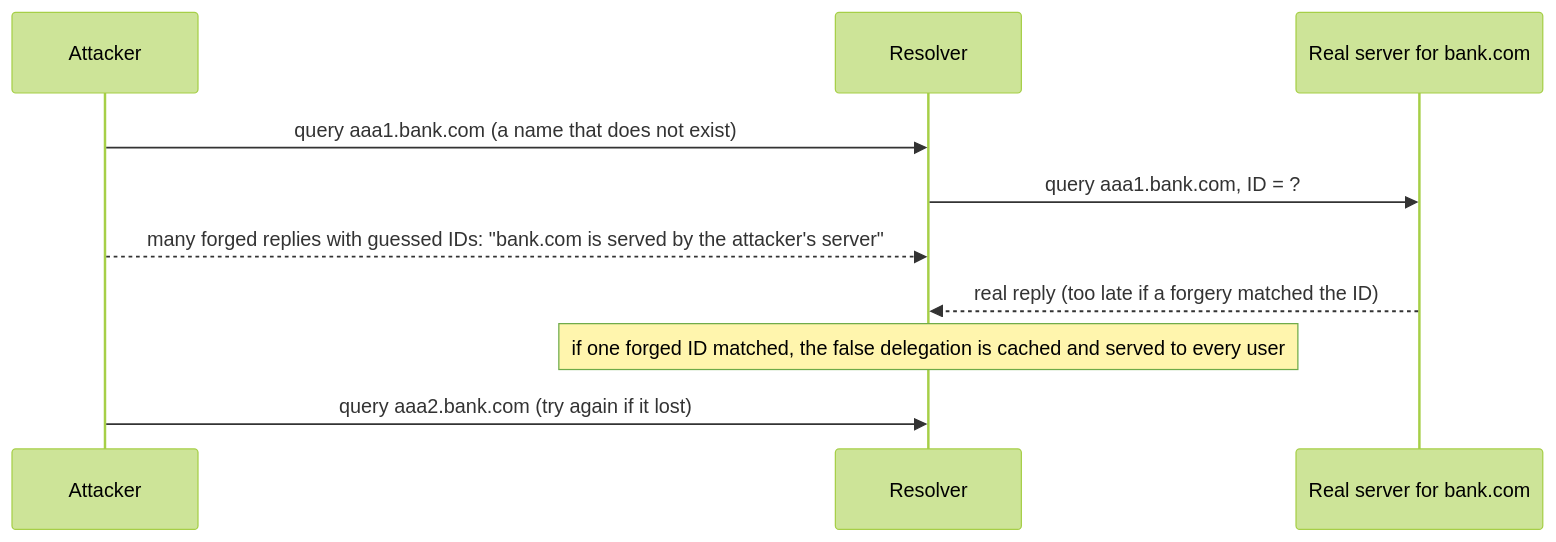
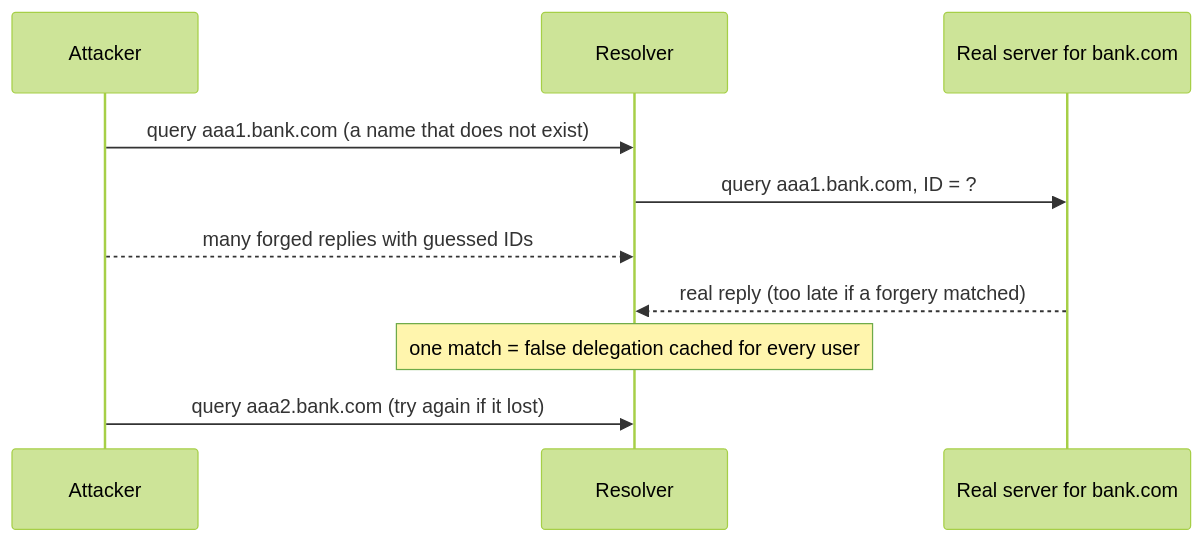
One commit to FahimMashroor/Chalmers_CSC changed diagram 27 of 41 in EDA387-Computer-Networks/02-DNS.md. Above: the diagram before and after it, drawn with Mermaid (forest theme). The commit also changed other lines of this file, not shown here.

Commit message:
Rewrite 02 DNS in simple language with examples and diagrams

````diff
--- a/EDA387-Computer-Networks/02-DNS.md
+++ b/EDA387-Computer-Networks/02-DNS.md
@@ -822,12 +1135,12 @@
 ```mermaid
 sequenceDiagram
   participant X as Attacker
   participant R as Resolver
   participant A as Real server for bank.com
   X->>R: query aaa1.bank.com (a name that does not exist)
   R->>A: query aaa1.bank.com, ID = ?
-  X-->>R: many forged replies with guessed IDs: "bank.com is served by the attacker's server"
-  A-->>R: real reply (too late if a forgery matched the ID)
-  Note over R: if one forged ID matched, the false delegation is cached and served to every user
+  X-->>R: many forged replies with guessed IDs
+  A-->>R: real reply (too late if a forgery matched)
+  Note over R: one match = false delegation cached for every user
   X->>R: query aaa2.bank.com (try again if it lost)
 ```
````
